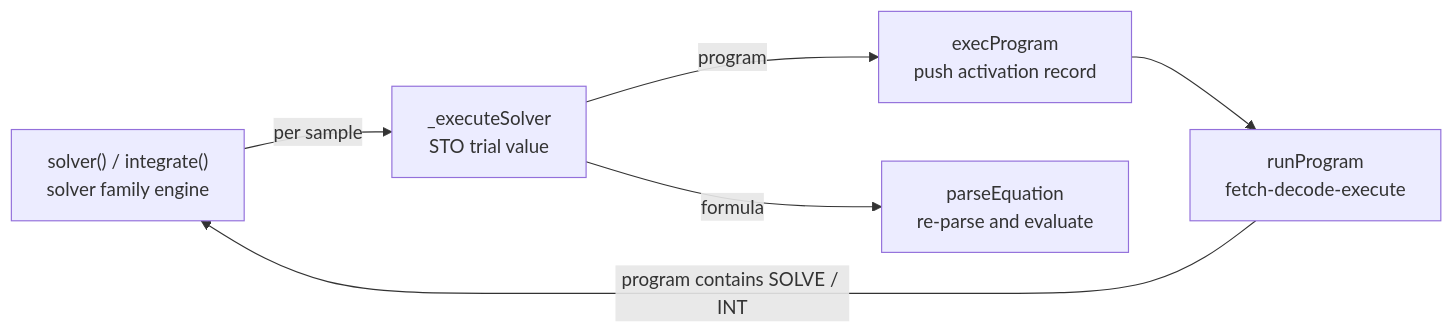
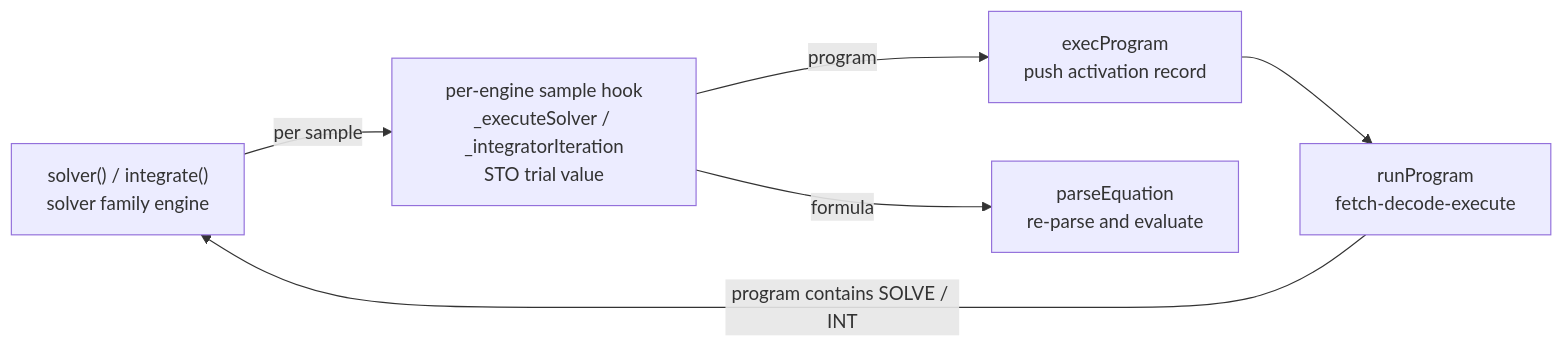
The diagram in docs/02-modules.md (ppigazzini/c47-r47-ci), drawn with Mermaid before and after one commit. The commit also changed other lines of this file and 10 other files, not shown here.

````diff
--- a/docs/02-modules.md
+++ b/docs/02-modules.md
@@ -156,8 +158,8 @@
 ```mermaid
 flowchart LR
-    S["solver() / integrate()\nsolver family engine"] -->|per sample| E["_executeSolver\nSTO trial value"]
+    S["solver() / integrate()\nsolver family engine"] -->|per sample| E["per-engine sample hook\n_executeSolver / _integratorIteration\nSTO trial value"]
     E -->|program| X["execProgram\npush activation record"]
     E -->|formula| Q["parseEquation\nre-parse and evaluate"]
     X --> V["runProgram\nfetch-decode-execute"]
     V -->|"program contains SOLVE / INT"| S
 ```
````
